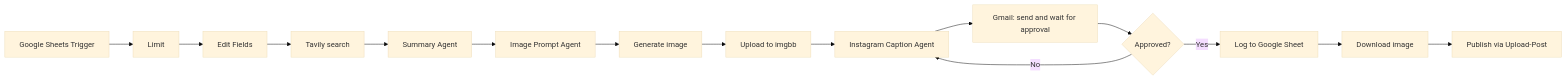
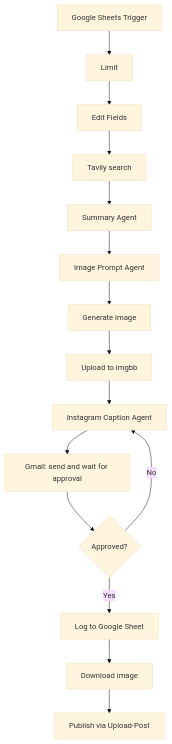
One commit to MuhammadAbdullahKhanAI/n8n-ai-social-media-approval-workflow changed the diagram in README.md. Above: the diagram before and after it, drawn with Mermaid (base theme).

Commit message:
Make workflow diagram vertical

````diff
--- a/README.md
+++ b/README.md
@@ -22,17 +22,17 @@
 ```mermaid
-flowchart LR
+flowchart TD
     A[Google Sheets Trigger] --> B[Limit]
     B --> C[Edit Fields]
     C --> D[Tavily search]
     D --> E[Summary Agent]
     E --> F[Image Prompt Agent]
     F --> G[Generate image]
     G --> H[Upload to imgbb]
     H --> I[Instagram Caption Agent]
     I --> J[Gmail: send and wait for approval]
     J --> K{Approved?}
     K -- Yes --> L[Log to Google Sheet]
     L --> M[Download image]
     M --> N[Publish via Upload-Post]
     K -- No --> I
 ```
````
